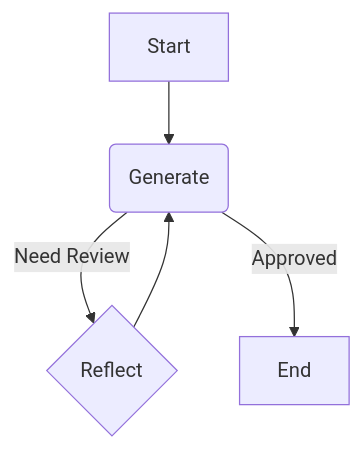
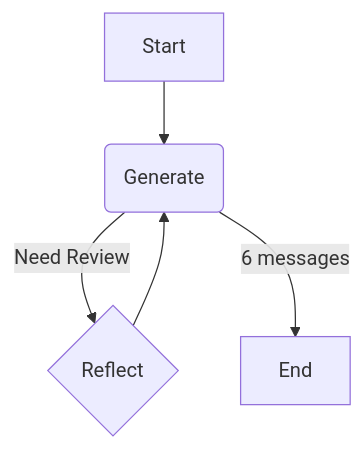
The diagram in reflection-agent/diagram.mmd (rwuniard/my-langgraph), drawn with Mermaid before and after one commit. The commit also changed 1 other file, not shown here.

Commit message:
Corrected the condition in the mermaid diagrams

```diff
--- a/reflection-agent/diagram.mmd
+++ b/reflection-agent/diagram.mmd
@@ -1,5 +1,5 @@
 graph TD
 A[Start] --> B(Generate);
 B --> |Need Review| C{Reflect};
 C --> B;
-B -->|Approved| D[End];
+B -->|6 messages| D[End];
```
